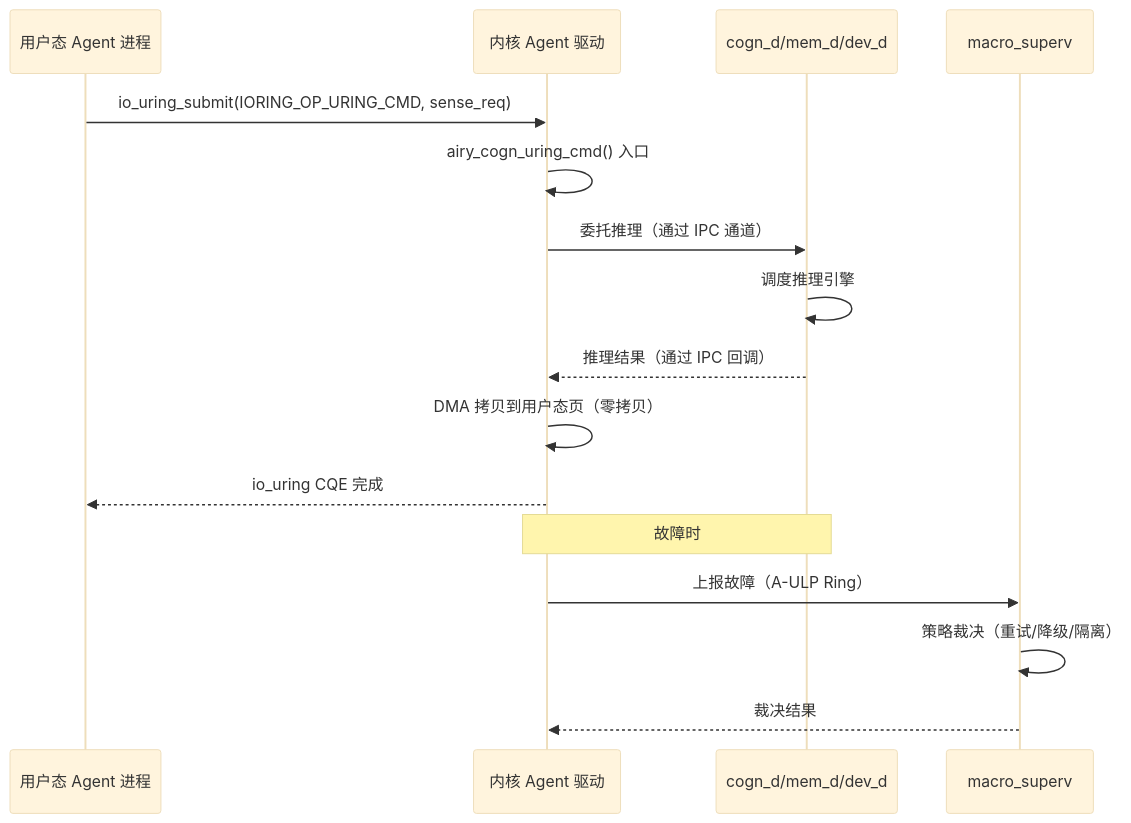
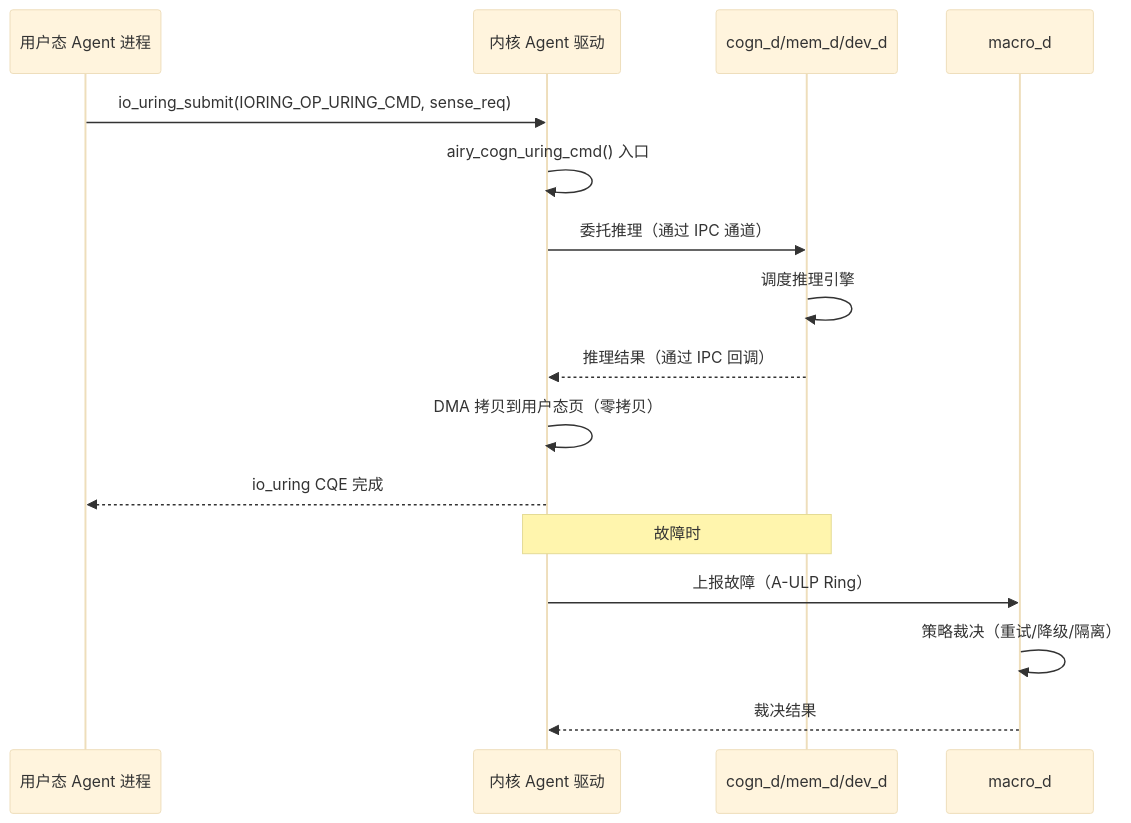
One commit to openairymax/docs changed the third of 5 diagrams in AirymaxOS/60-driver-model/05-agent-driver.md. Above: the diagram before and after it, drawn with Mermaid (base theme). The commit also changed other lines of this file and 71 other files, not shown here.

````diff
--- a/AirymaxOS/60-driver-model/05-agent-driver.md
+++ b/AirymaxOS/60-driver-model/05-agent-driver.md
@@ -523,18 +523,18 @@
 ```mermaid
 sequenceDiagram
     participant U as 用户态 Agent 进程
     participant K as 内核 Agent 驱动
     participant D as cogn_d/mem_d/dev_d
-    participant S as macro_superv
+    participant S as macro_d
     U->>K: io_uring_submit(IORING_OP_URING_CMD, sense_req)
     K->>K: airy_cogn_uring_cmd() 入口
     K->>D: 委托推理（通过 IPC 通道）
     D->>D: 调度推理引擎
     D-->>K: 推理结果（通过 IPC 回调）
     K->>K: DMA 拷贝到用户态页（零拷贝）
     K-->>U: io_uring CQE 完成
     Note over K,D: 故障时
     K->>S: 上报故障（A-ULP Ring）
     S->>S: 策略裁决（重试/降级/隔离）
     S-->>K: 裁决结果
 ```
````
